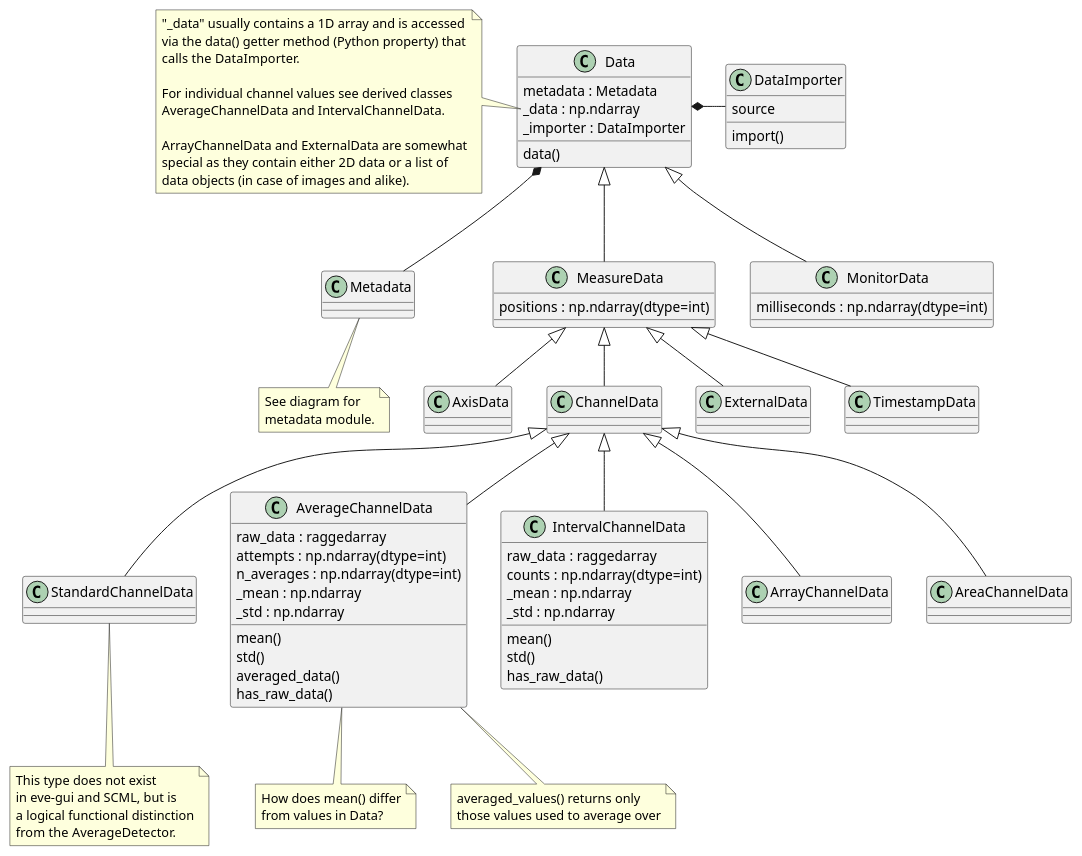
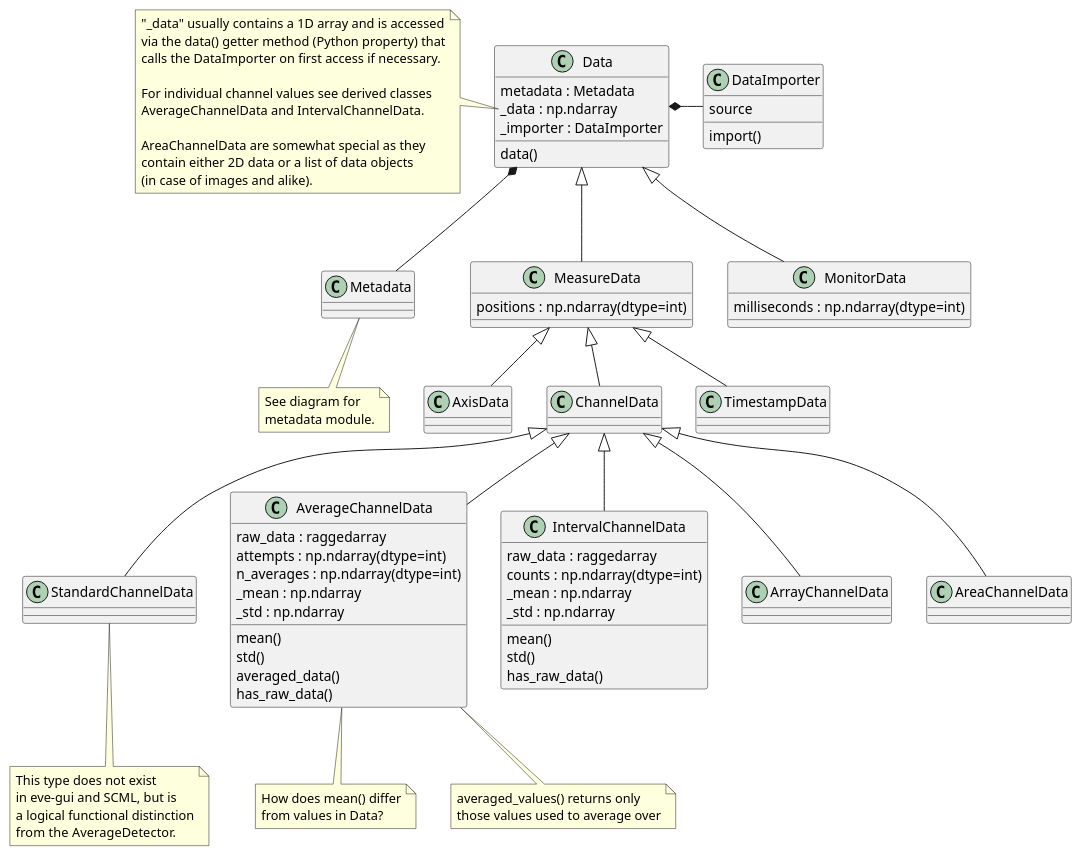
Before and after one commit to tillbiskup/evedata: the diagram in docs/uml/evedata.evefile.data.puml, drawn with PlantUML. The commit also changed 5 other files, not shown here.

Commit message:
Remove external data

```diff
--- a/docs/uml/evedata.evefile.data.puml
+++ b/docs/uml/evedata.evefile.data.puml
@@ -1,93 +1,91 @@
 @startuml
 'skinparam dpi 150
 
 class Data {
     metadata : Metadata
     _data : np.ndarray
     _importer : DataImporter
     data()
 }
 note left of Data::_data
     "_data" usually contains a 1D array and is accessed
     via the data() getter method (Python property) that
-    calls the DataImporter.
+    calls the DataImporter on first access if necessary.
 
     For individual channel values see derived classes
     AverageChannelData and IntervalChannelData.
 
-    ArrayChannelData and ExternalData are somewhat
-    special as they contain either 2D data or a list of
-    data objects (in case of images and alike).
+    AreaChannelData are somewhat special as they
+    contain either 2D data or a list of data objects
+    (in case of images and alike).
 end note
 
 class DataImporter {
     source
     import()
 }
 
 class Metadata {
 }
 note bottom: See diagram for\nmetadata module.
 
 Data *- DataImporter
 Data *-- Metadata
 
 class MeasureData extends Data {
     {field} positions : np.ndarray(dtype=int)
 }
 
 class MonitorData extends Data {
     {field} milliseconds : np.ndarray(dtype=int)
 }
 
 class AxisData extends MeasureData {
 }
 
 class ChannelData extends MeasureData {
 }
-
-class ExternalData extends MeasureData {}
 
 class TimestampData extends MeasureData {
 }
 
 class StandardChannelData extends ChannelData {}
 
 note bottom of StandardChannelData
     This type does not exist
     in eve-gui and SCML, but is
     a logical functional distinction
     from the AverageDetector.
 endnote
 
 class AverageChannelData extends ChannelData {
     raw_data : raggedarray
     {field} attempts : np.ndarray(dtype=int)
     {field} n_averages : np.ndarray(dtype=int)
     _mean : np.ndarray
     _std : np.ndarray
     mean()
     std()
     averaged_data()
     has_raw_data()
 }
 note bottom: How does mean() differ\nfrom values in Data?
 note bottom of AverageChannelData: averaged_values() returns only\nthose values used to average over
 
 class IntervalChannelData extends ChannelData {
     raw_data : raggedarray
     {field} counts : np.ndarray(dtype=int)
     _mean : np.ndarray
     _std : np.ndarray
     mean()
     std()
     has_raw_data()
 }
 
 class ArrayChannelData extends ChannelData {
 }
 
 class AreaChannelData extends ChannelData {
 }
 
 @enduml
```
